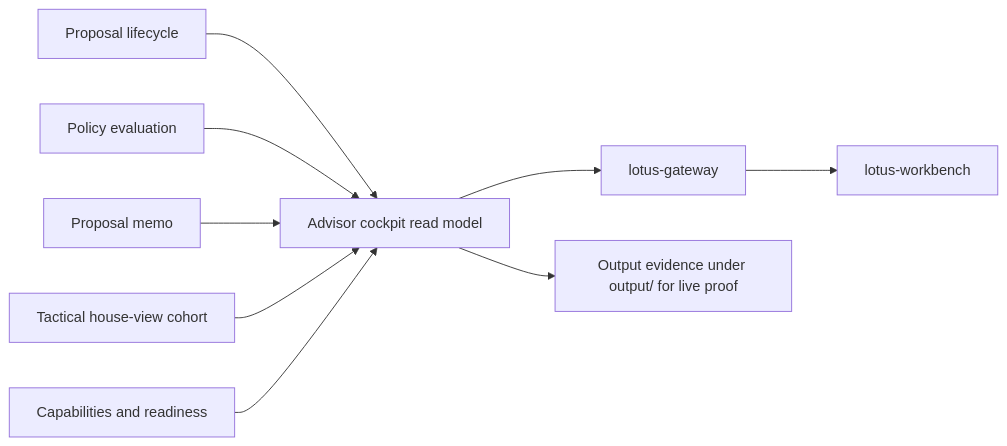
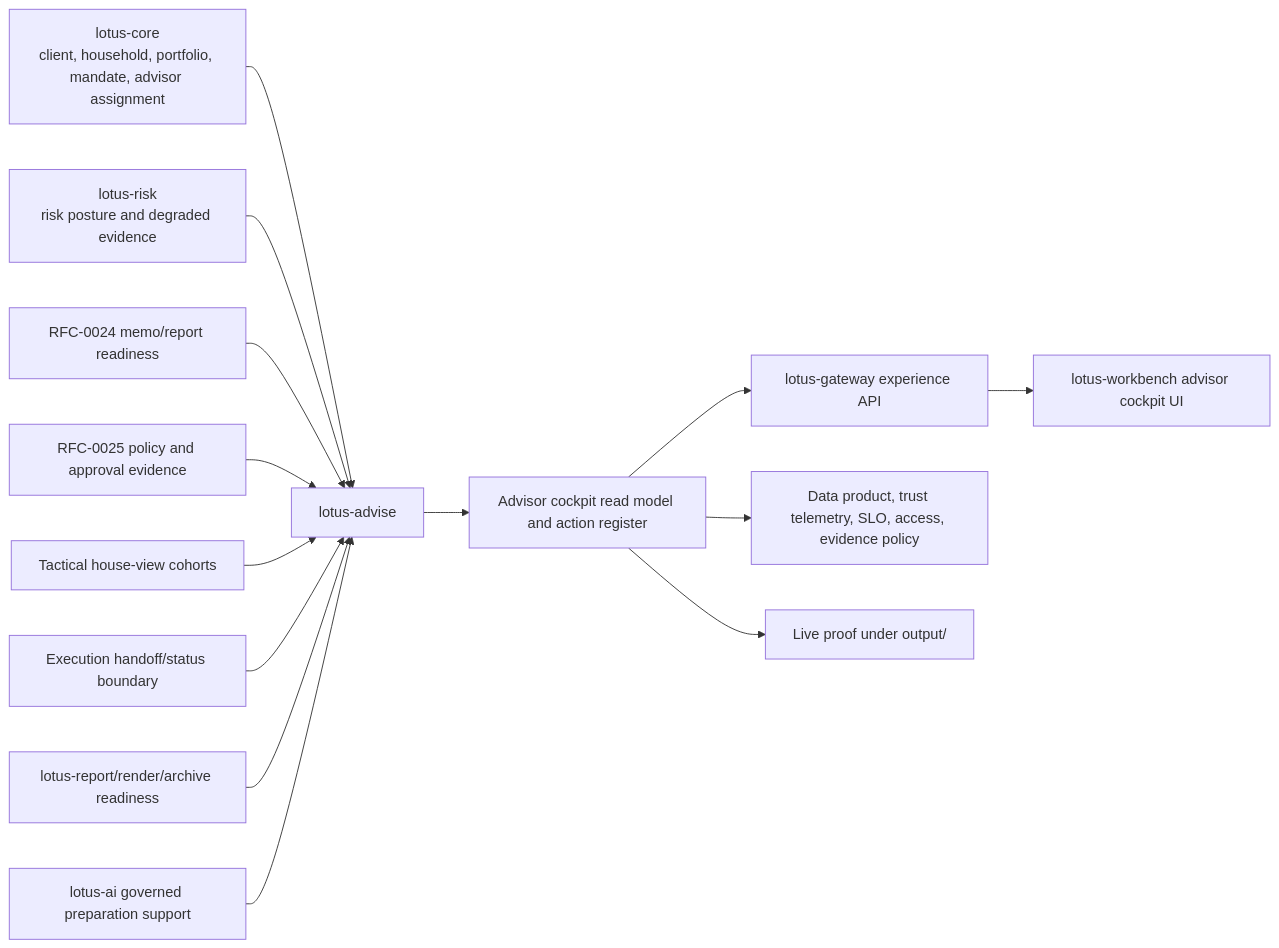
Before and after one commit to sgajbi/lotus-advise: the diagram in docs/rfcs/RFC-0026-advisor-cockpit-operating-workflow.md, drawn with Mermaid. The commit also changed other lines of this file and 2 other files, not shown here.

Commit message:
docs: tighten RFC-0026 execution plan

````diff
--- a/docs/rfcs/RFC-0026-advisor-cockpit-operating-workflow.md
+++ b/docs/rfcs/RFC-0026-advisor-cockpit-operating-workflow.md
@@ -215,11 +328,16 @@
 ```mermaid
 flowchart LR
-    Proposal[Proposal lifecycle] --> Cockpit[Advisor cockpit read model]
-    Policy[Policy evaluation] --> Cockpit
-    Memo[Proposal memo] --> Cockpit
-    HouseView[Tactical house-view cohort] --> Cockpit
-    Support[Capabilities and readiness] --> Cockpit
-    Cockpit --> Gateway[lotus-gateway]
-    Gateway --> Workbench[lotus-workbench]
-    Cockpit --> Output[Output evidence under output/ for live proof]
+    Core[lotus-core<br/>client, household, portfolio, mandate, advisor assignment] --> Advise[lotus-advise]
+    Risk[lotus-risk<br/>risk posture and degraded evidence] --> Advise
+    Memo[RFC-0024 memo/report readiness] --> Advise
+    Policy[RFC-0025 policy and approval evidence] --> Advise
+    HouseView[Tactical house-view cohorts] --> Advise
+    Execution[Execution handoff/status boundary] --> Advise
+    Report[lotus-report/render/archive readiness] --> Advise
+    AI[lotus-ai governed preparation support] --> Advise
+    Advise --> Cockpit[Advisor cockpit read model and action register]
+    Cockpit --> Gateway[lotus-gateway experience API]
+    Gateway --> Workbench[lotus-workbench advisor cockpit UI]
+    Cockpit --> Mesh[Data product, trust telemetry, SLO, access, evidence policy]
+    Cockpit --> Proof[Live proof under output/]
 ```
````
